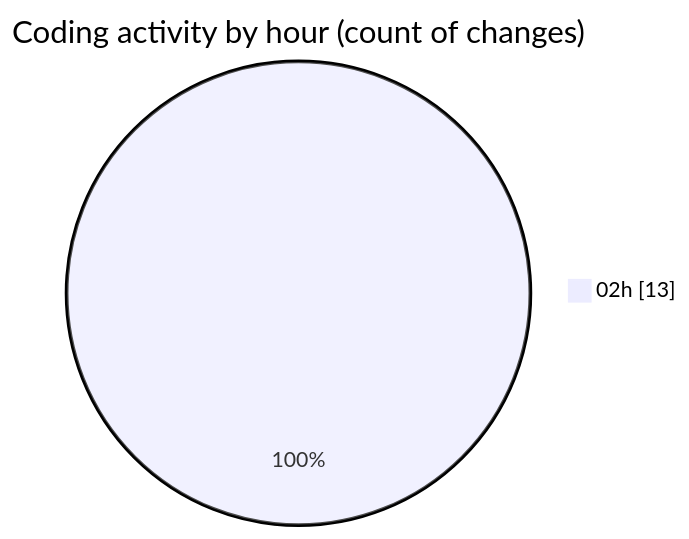
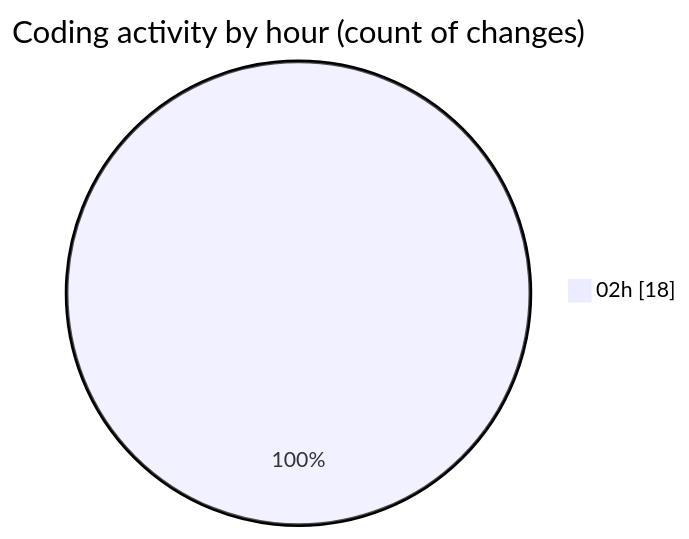
The second of 2 diagrams in 2025-04-05/front-end/README.md (Netris89/code-tracking), drawn with Mermaid before and after one commit. The commit also changed other lines of this file and 1 other file, not shown here.

````diff
--- a/2025-04-05/front-end/README.md
+++ b/2025-04-05/front-end/README.md
@@ -31,5 +33,5 @@
 ```mermaid
 pie showData
 title Coding activity by hour (count of changes)
-"02h" : 13
+"02h" : 18
 ```
````
